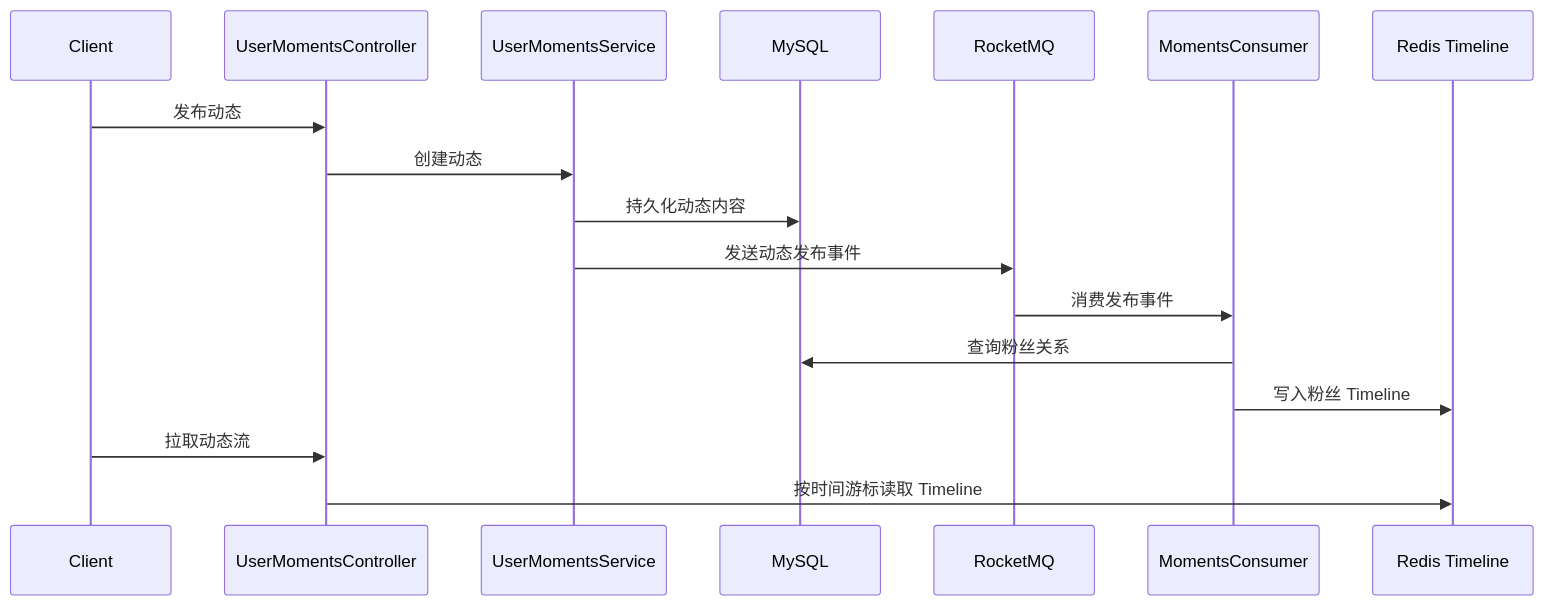
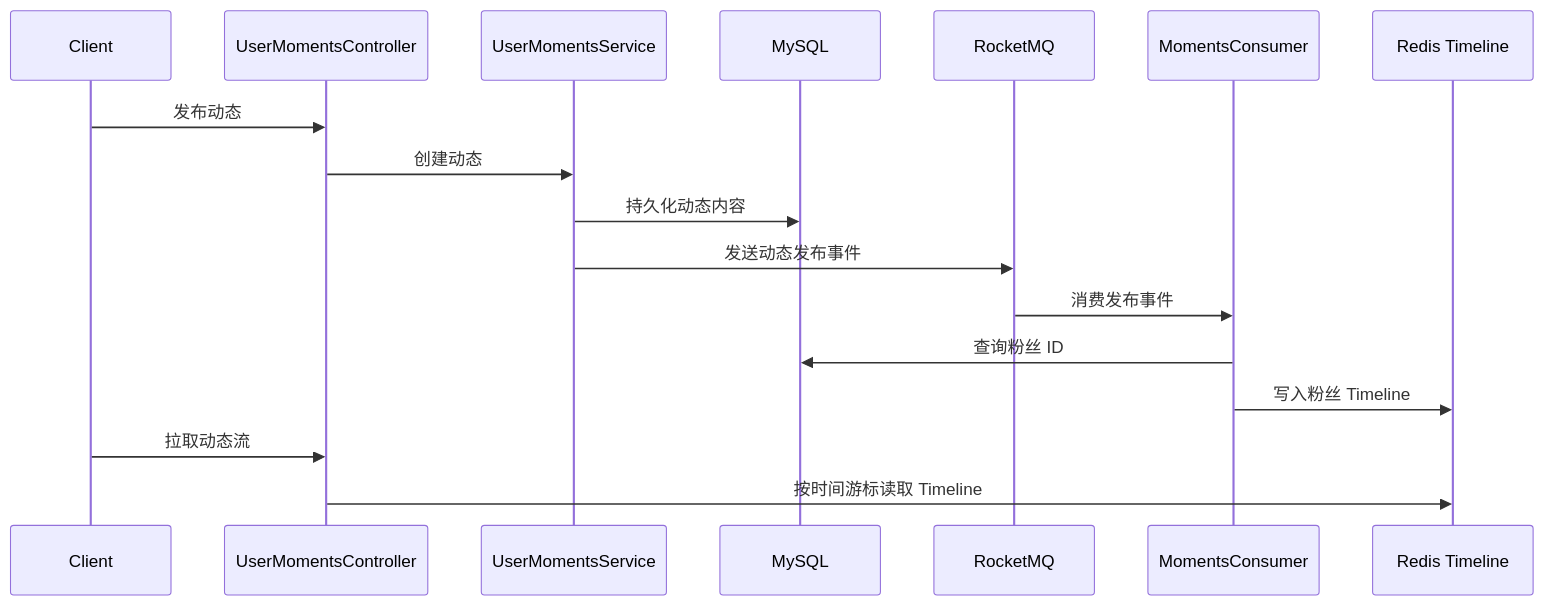
Before and after one commit to Z-501/xingmang_project: the third of 5 diagrams in README.md, drawn with Mermaid. The commit also changed other lines of this file, not shown here.

Commit message:
Update public architecture and benchmark docs

````diff
--- a/README.md
+++ b/README.md
@@ -147,20 +147,20 @@
 ```mermaid
 sequenceDiagram
     participant C as Client
     participant API as UserMomentsController
     participant S as UserMomentsService
     participant DB as MySQL
     participant MQ as RocketMQ
     participant Consumer as MomentsConsumer
     participant R as Redis Timeline
 
     C->>API: 发布动态
     API->>S: 创建动态
     S->>DB: 持久化动态内容
     S->>MQ: 发送动态发布事件
     MQ->>Consumer: 消费发布事件
-    Consumer->>DB: 查询粉丝关系
+    Consumer->>DB: 查询粉丝 ID
     Consumer->>R: 写入粉丝 Timeline
     C->>API: 拉取动态流
     API->>R: 按时间游标读取 Timeline
 ```
````
